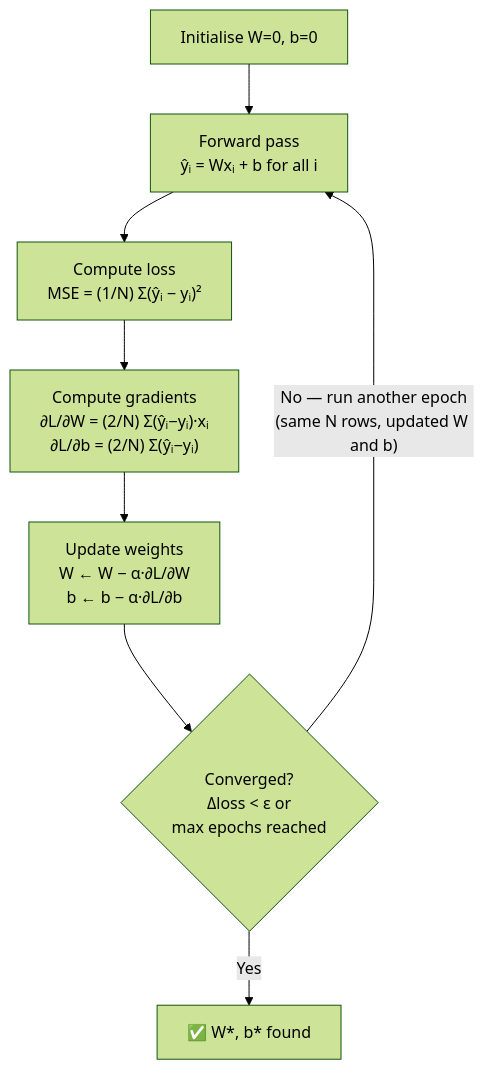
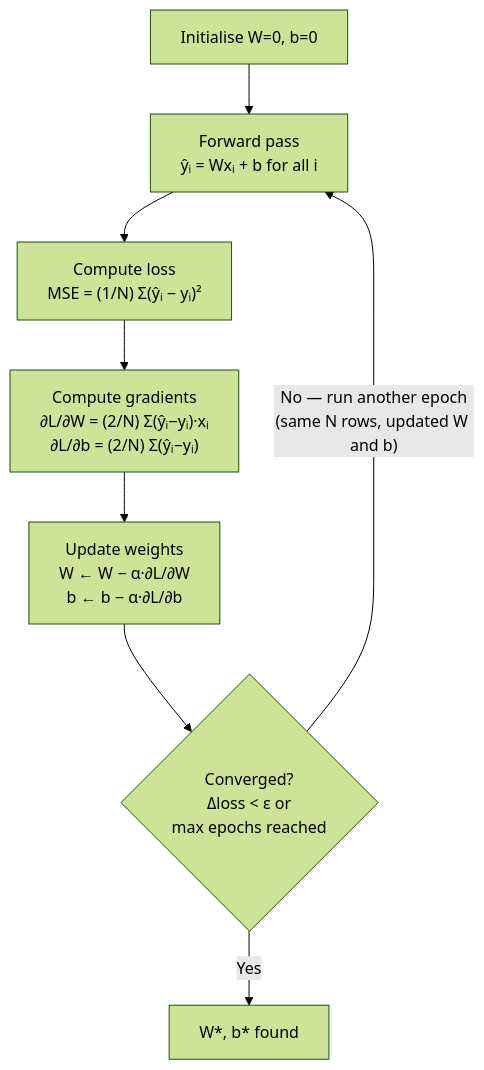
One commit to dsgouda7/ai-portfolio changed the second of 5 diagrams in notes/01-ml/01-regression/ch01_linear_regression/README.md. Above: the diagram before and after it, drawn with Mermaid (forest theme). The commit also changed other lines of this file and 179 other files, not shown here.

````diff
--- a/notes/01-ml/01-regression/ch01_linear_regression/README.md
+++ b/notes/01-ml/01-regression/ch01_linear_regression/README.md
@@ -653,11 +651,11 @@
 ```mermaid
 flowchart TD
-    INIT["Initialise W=0, b=0"] --> FWD
-    FWD["Forward pass\nŷᵢ = Wxᵢ + b  for all i"] --> LOSS
-    LOSS["Compute loss\nMSE = (1/N) Σ(ŷᵢ − yᵢ)²"] --> GRAD
-    GRAD["Compute gradients\n∂L/∂W = (2/N) Σ(ŷᵢ−yᵢ)·xᵢ\n∂L/∂b = (2/N) Σ(ŷᵢ−yᵢ)"] --> UPDATE
-    UPDATE["Update weights\nW ← W − α·∂L/∂W\nb ← b − α·∂L/∂b"] --> CHECK
-    CHECK{"Converged?\nΔloss < ε or\nmax epochs reached"}
-    CHECK -->|"No — run another epoch\n(same N rows, updated W and b)"| FWD
-    CHECK -->|"Yes"| DONE["✅ W*, b* found"]
+ INIT["Initialise W=0, b=0"] --> FWD
+ FWD["Forward pass\nŷᵢ = Wxᵢ + b for all i"] --> LOSS
+ LOSS["Compute loss\nMSE = (1/N) Σ(ŷᵢ − yᵢ)²"] --> GRAD
+ GRAD["Compute gradients\n∂L/∂W = (2/N) Σ(ŷᵢ−yᵢ)·xᵢ\n∂L/∂b = (2/N) Σ(ŷᵢ−yᵢ)"] --> UPDATE
+ UPDATE["Update weights\nW ← W − α·∂L/∂W\nb ← b − α·∂L/∂b"] --> CHECK
+ CHECK{"Converged?\nΔloss < ε or\nmax epochs reached"}
+ CHECK -->|"No — run another epoch\n(same N rows, updated W and b)"| FWD
+ CHECK -->|"Yes"| DONE[" W*, b* found"]
 ```
````
